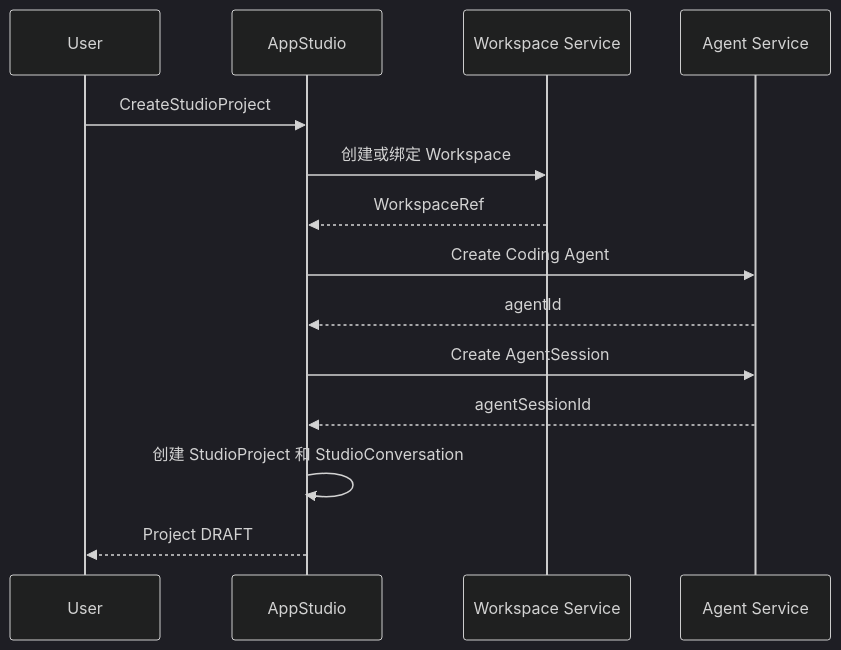
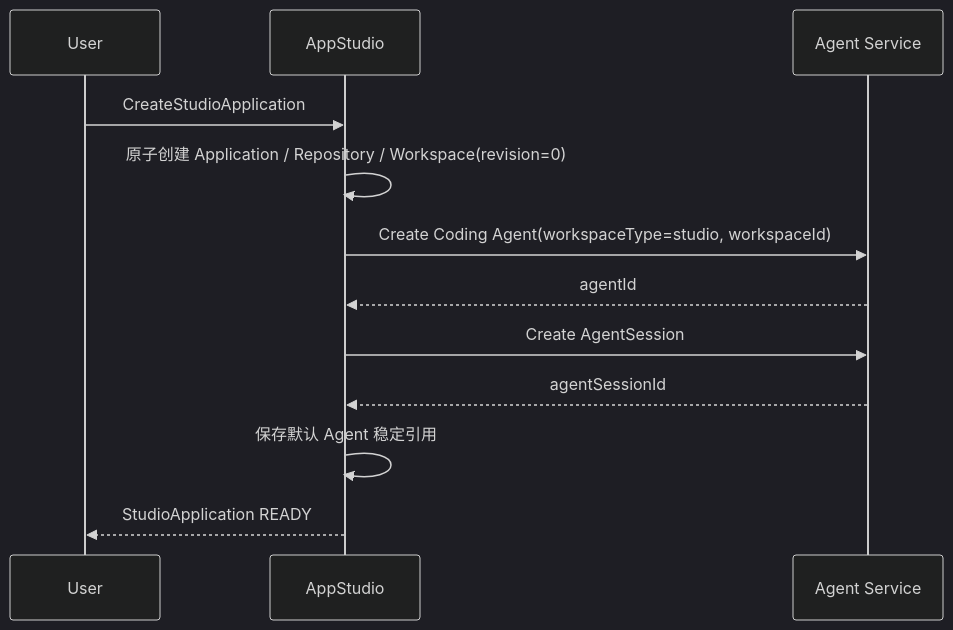
One commit to wangweihong/omnimam-spec changed the third of 11 diagrams in 00_product/domains/appstudio/product-spec.md. Above: the diagram before and after it, drawn with Mermaid (dark theme). The commit also changed other lines of this file and 38 other files, not shown here.

````diff
--- a/00_product/domains/appstudio/product-spec.md
+++ b/00_product/domains/appstudio/product-spec.md
@@ -987,20 +1013,18 @@
 ```mermaid
 sequenceDiagram
     participant U as User
     participant ST as AppStudio
-    participant WS as Workspace Service
     participant AS as Agent Service
 
-    U->>ST: CreateStudioProject
-    ST->>WS: 创建或绑定 Workspace
-    WS-->>ST: WorkspaceRef
+    U->>ST: CreateStudioApplication
+    ST->>ST: 原子创建 Application / Repository / Workspace(revision=0)
 
-    ST->>AS: Create Coding Agent
+    ST->>AS: Create Coding Agent(workspaceType=studio, workspaceId)
     AS-->>ST: agentId
 
     ST->>AS: Create AgentSession
     AS-->>ST: agentSessionId
 
-    ST->>ST: 创建 StudioProject 和 StudioConversation
-    ST-->>U: Project DRAFT
+    ST->>ST: 保存默认 Agent 稳定引用
+    ST-->>U: StudioApplication READY
 ```
````
